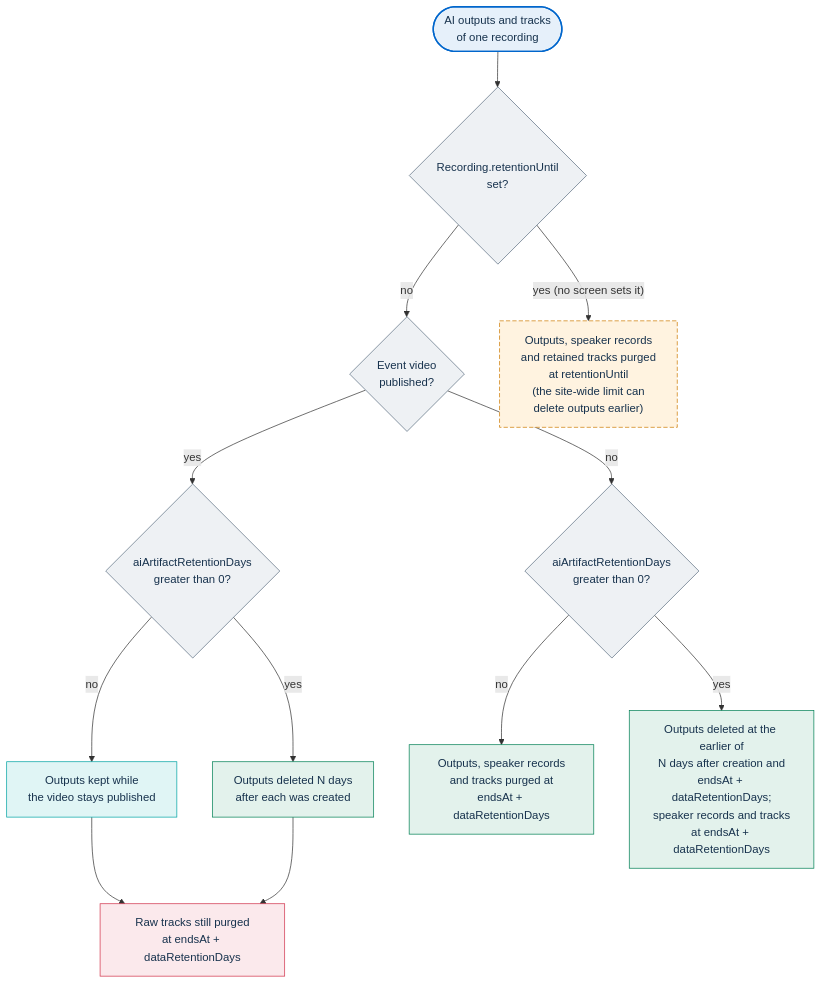
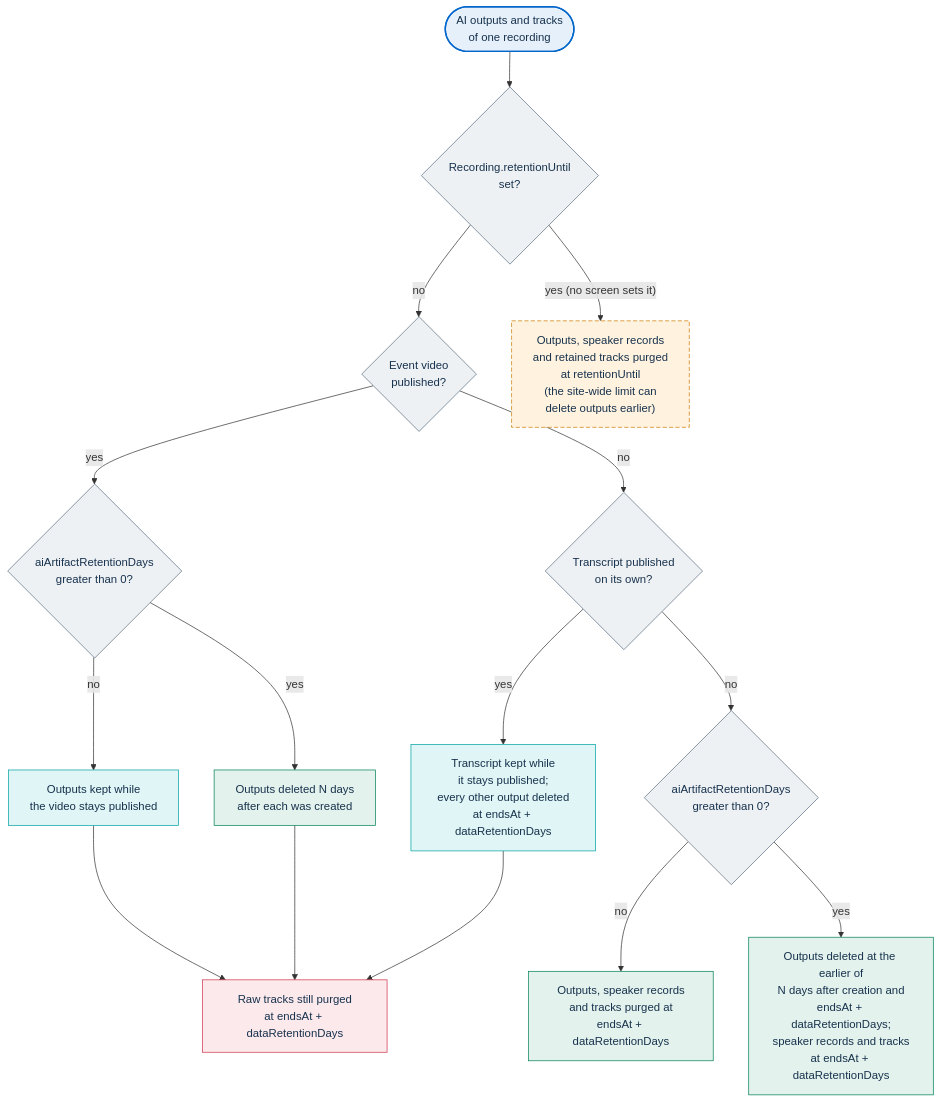
The second of 3 diagrams in docs/privacy/recordings-and-ai.md (italia/pa-webinar), drawn with Mermaid before and after one commit. The commit also changed other lines of this file and 31 other files, not shown here.

````diff
--- a/docs/privacy/recordings-and-ai.md
+++ b/docs/privacy/recordings-and-ai.md
@@ -462,41 +567,46 @@
 ```mermaid
 flowchart TD
     start(["AI outputs and tracks<br/>of one recording"])
     until{"Recording.retentionUntil<br/>set?"}
     pub{"Event video<br/>published?"}
+    tp{"Transcript published<br/>on its own?"}
     ovA{"aiArtifactRetentionDays<br/>greater than 0?"}
     ovB{"aiArtifactRetentionDays<br/>greater than 0?"}
 
     rU["Outputs, speaker records<br/>and retained tracks purged<br/>at retentionUntil<br/>(the site-wide limit can<br/>delete outputs earlier)"]
     rPubN["Outputs kept while<br/>the video stays published"]
+    rTr["Transcript kept while<br/>it stays published;<br/>every other output deleted<br/>at endsAt + dataRetentionDays"]
     rPubY["Outputs deleted N days<br/>after each was created"]
     rEvt["Outputs, speaker records<br/>and tracks purged at<br/>endsAt + dataRetentionDays"]
     rEvtN["Outputs deleted at the earlier of<br/>N days after creation and<br/>endsAt + dataRetentionDays;<br/>speaker records and tracks<br/>at endsAt + dataRetentionDays"]
     tracks["Raw tracks still purged<br/>at endsAt + dataRetentionDays"]
 
     start --> until
     until -->|"yes (no screen sets it)"| rU
     until -->|"no"| pub
     pub -->|"yes"| ovA
-    pub -->|"no"| ovB
+    pub -->|"no"| tp
+    tp -->|"yes"| rTr
+    tp -->|"no"| ovB
     ovA -->|"no"| rPubN
     ovA -->|"yes"| rPubY
     ovB -->|"no"| rEvt
     ovB -->|"yes"| rEvtN
     rPubN --> tracks
     rPubY --> tracks
+    rTr --> tracks
 
     classDef entry fill:#E6F0FA,stroke:#0066CC,stroke-width:2px,color:#17324D
     classDef decision fill:#EEF1F4,stroke:#5C6F82,color:#17324D
     classDef rare fill:#FFF3E0,stroke:#CC7A00,stroke-dasharray:6 3,color:#17324D
     classDef kept fill:#E0F5F5,stroke:#00A3A3,color:#17324D
     classDef purged fill:#E3F2EC,stroke:#008055,color:#17324D
     classDef voice fill:#FBE9EC,stroke:#D1344C,color:#17324D
 
     class start entry
-    class until,pub,ovA,ovB decision
+    class until,pub,tp,ovA,ovB decision
     class rU rare
-    class rPubN kept
+    class rPubN,rTr kept
     class rPubY,rEvt,rEvtN purged
     class tracks voice
 ```
````
